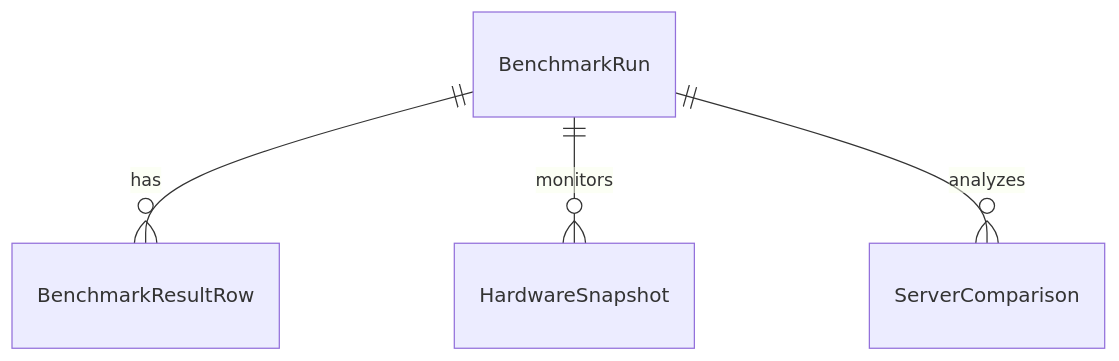
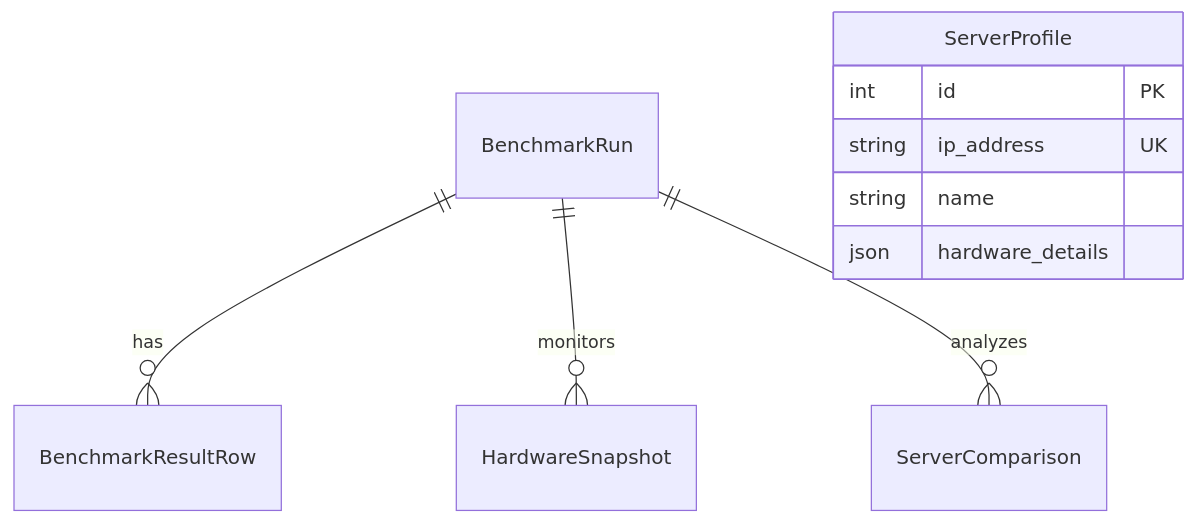
The second of 3 diagrams in CODE_STRUCTURE.md (MrPhuocTan/aidaptive-benchmark), drawn with Mermaid before and after one commit. The commit also changed other lines of this file and 49 other files, not shown here.

````diff
--- a/CODE_STRUCTURE.md
+++ b/CODE_STRUCTURE.md
@@ -148,6 +148,12 @@
 ```mermaid
 erDiagram
     BenchmarkRun ||--o{ BenchmarkResultRow : "has"
     BenchmarkRun ||--o{ HardwareSnapshot : "monitors"
     BenchmarkRun ||--o{ ServerComparison : "analyzes"
+    ServerProfile {
+        int id PK
+        string ip_address UK
+        string name
+        json hardware_details
+    }
 ```
````
